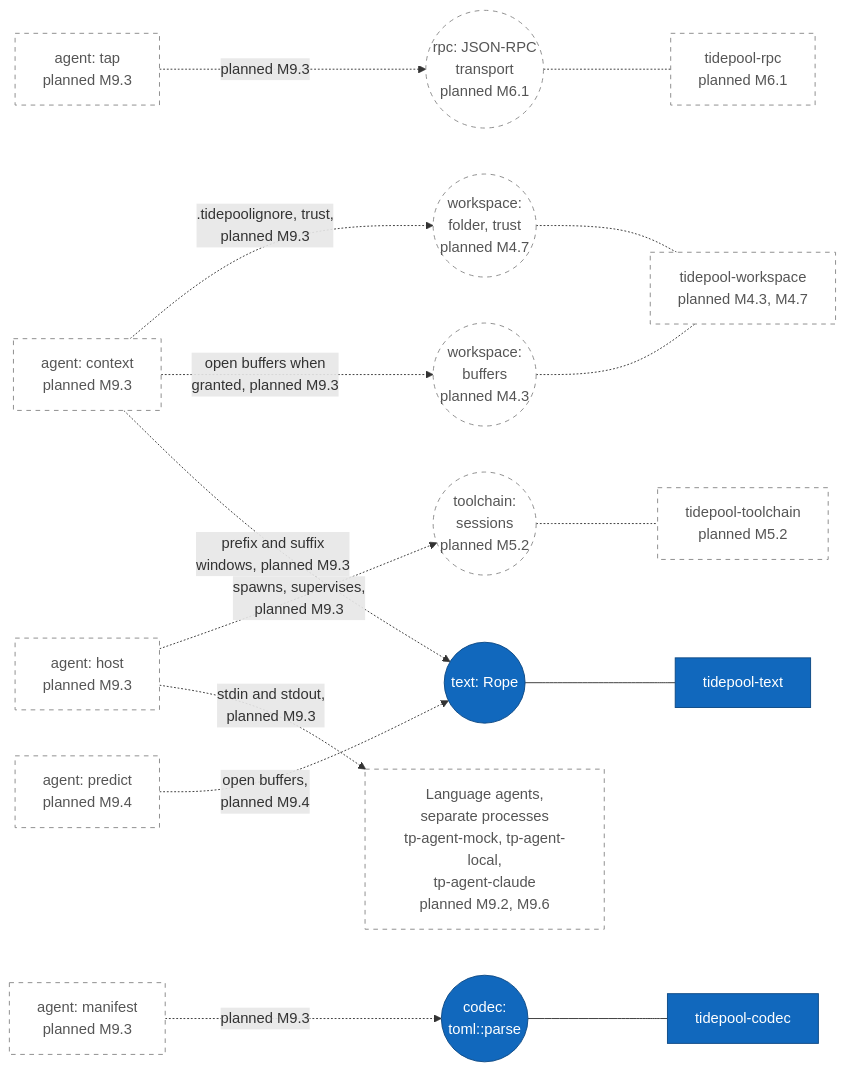
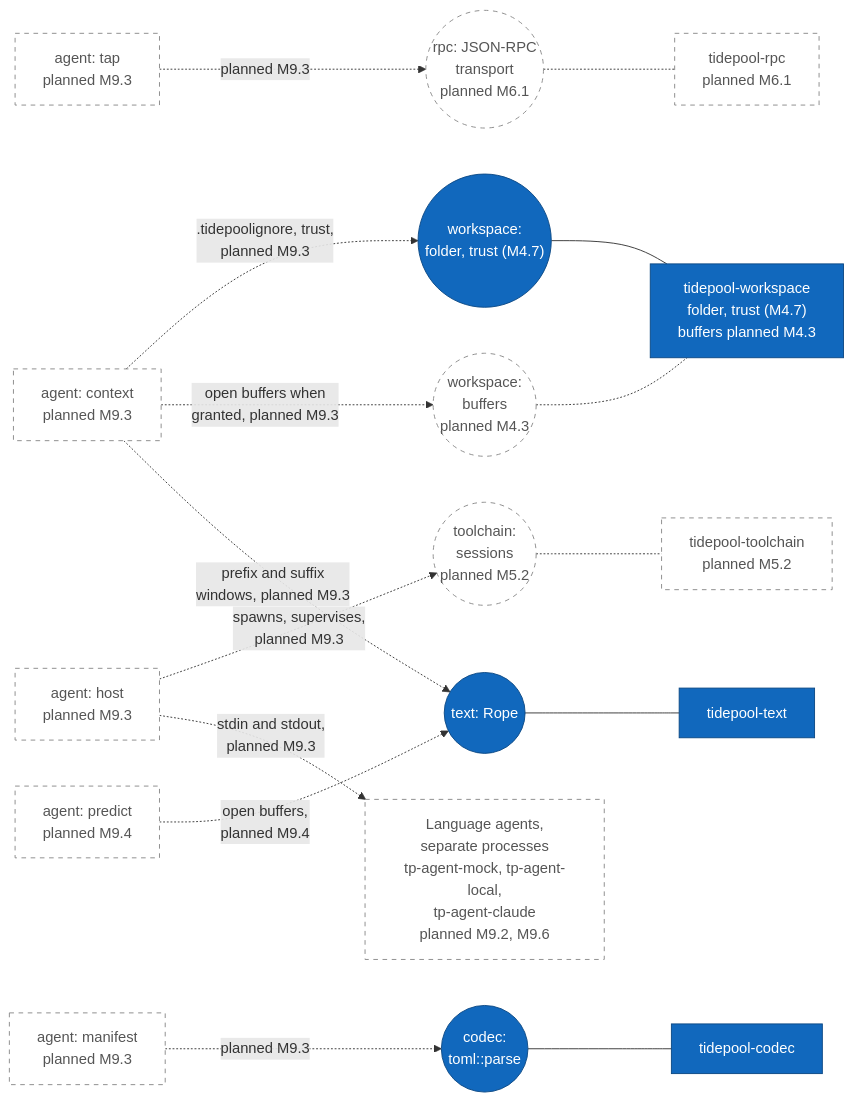
Before and after one commit to jabbott-iii/Tidepool: diagram 16 of 21 in diagrams/component-diagrams.md, drawn with Mermaid. The commit also changed other lines of this file and 54 other files, not shown here.

First line of the commit message:
feat(workspace,app): folders, ignore files, trust and settings (M4.7)

````diff
--- a/diagrams/component-diagrams.md
+++ b/diagrams/component-diagrams.md
@@ -984,45 +988,45 @@
 ```mermaid
 flowchart LR
     c_tap["agent: tap<br/>planned M9.3"]
     c_host["agent: host<br/>planned M9.3"]
     c_context["agent: context<br/>planned M9.3"]
     c_predict["agent: predict<br/>planned M9.4"]
     c_manifest["agent: manifest<br/>planned M9.3"]
 
     i_framing(("rpc: JSON-RPC<br/>transport<br/>planned M6.1"))
     i_sessions(("toolchain:<br/>sessions<br/>planned M5.2"))
-    i_folder(("workspace:<br/>folder, trust<br/>planned M4.7"))
+    i_folder(("workspace:<br/>folder, trust (M4.7)"))
     i_buffers(("workspace:<br/>buffers<br/>planned M4.3"))
     i_rope(("text: Rope"))
     i_tparse(("codec:<br/>toml::parse"))
 
     c_rpc["tidepool-rpc<br/>planned M6.1"]
     c_toolchain["tidepool-toolchain<br/>planned M5.2"]
-    c_workspace["tidepool-workspace<br/>planned M4.3, M4.7"]
+    c_workspace["tidepool-workspace<br/>folder, trust (M4.7)<br/>buffers planned M4.3"]
     c_text["tidepool-text"]
     c_codec["tidepool-codec"]
     e_agent["Language agents,<br/>separate processes<br/>tp-agent-mock, tp-agent-local,<br/>tp-agent-claude<br/>planned M9.2, M9.6"]
 
     c_tap -.->|"planned M9.3"| i_framing
     c_host -.->|"spawns, supervises,<br/>planned M9.3"| i_sessions
     c_host -.->|"stdin and stdout,<br/>planned M9.3"| e_agent
     c_context -.->|".tidepoolignore, trust,<br/>planned M9.3"| i_folder
     c_context -.->|"open buffers when<br/>granted, planned M9.3"| i_buffers
     c_context -.->|"prefix and suffix<br/>windows, planned M9.3"| i_rope
     c_predict -.->|"open buffers,<br/>planned M9.4"| i_rope
     c_manifest -.->|"planned M9.3"| i_tparse
 
     i_framing -.- c_rpc
     i_sessions -.- c_toolchain
-    i_folder -.- c_workspace
+    i_folder --- c_workspace
     i_buffers -.- c_workspace
     i_rope --- c_text
     i_tparse --- c_codec
 
     classDef built fill:#1168bd,stroke:#0b4884,color:#ffffff
     classDef planned fill:#ffffff,stroke:#888888,stroke-dasharray: 5 5,color:#555555
-    class c_text,c_codec,i_rope,i_tparse built
+    class c_text,c_codec,c_workspace,i_rope,i_tparse,i_folder built
     class c_tap,c_host,c_context,c_predict,c_manifest planned
-    class c_rpc,c_toolchain,c_workspace,e_agent planned
-    class i_framing,i_sessions,i_folder,i_buffers planned
+    class c_rpc,c_toolchain,e_agent planned
+    class i_framing,i_sessions,i_buffers planned
 ```
````
